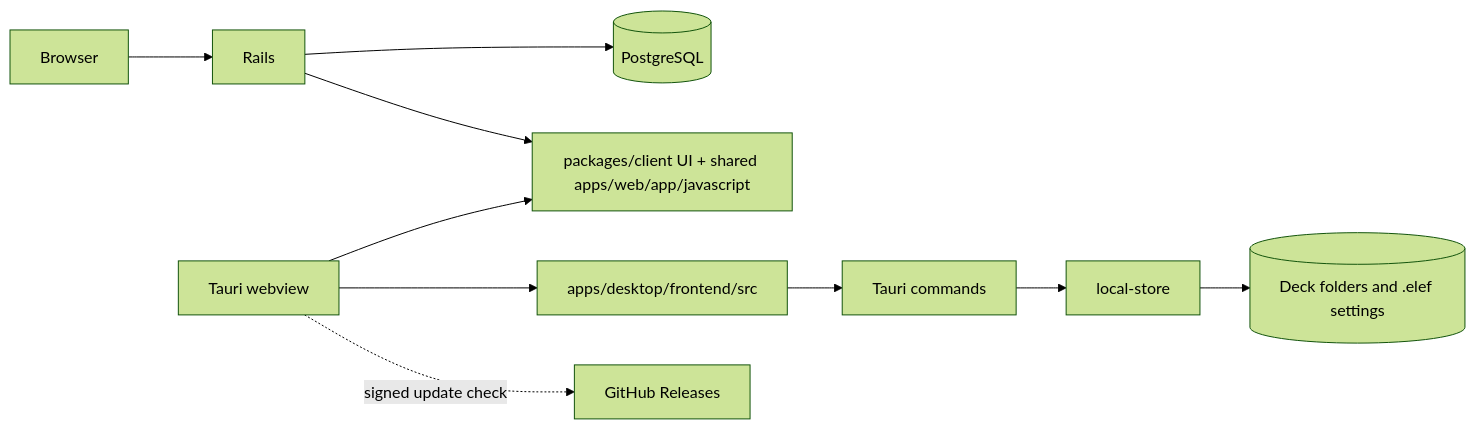
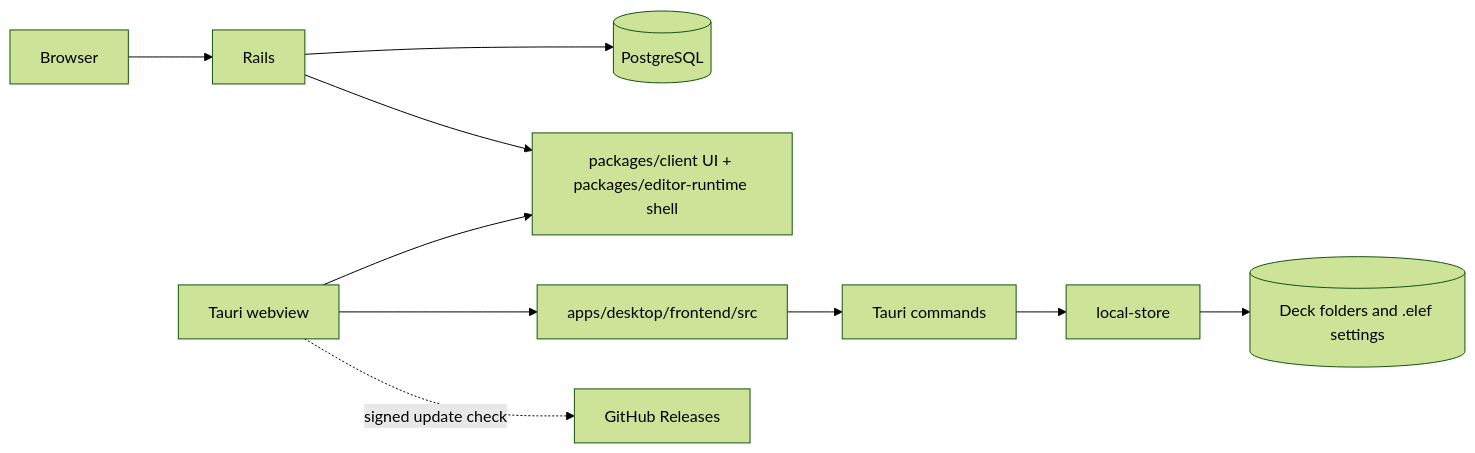
One commit to Hansespinosa2/elef changed the diagram in docs/architecture.md. Above: the diagram before and after it, drawn with Mermaid (forest theme). The commit also changed other lines of this file and 209 other files, not shown here.

```diff
--- a/docs/architecture.md
+++ b/docs/architecture.md
@@ -7,12 +7,12 @@
 ~~~mermaid
 flowchart LR
     Browser --> Rails
     Rails --> PG[(PostgreSQL)]
-    Rails --> Shared[packages/client UI + shared apps/web/app/javascript]
+    Rails --> Shared[packages/client UI + packages/editor-runtime shell]
     Tauri[Tauri webview] --> Shared
     Tauri --> Adapter[apps/desktop/frontend/src]
     Adapter --> Commands[Tauri commands]
     Commands --> Core[local-store]
     Core --> Files[(Deck folders and .elef settings)]
     Tauri -. signed update check .-> Releases[GitHub Releases]
 ~~~
```
